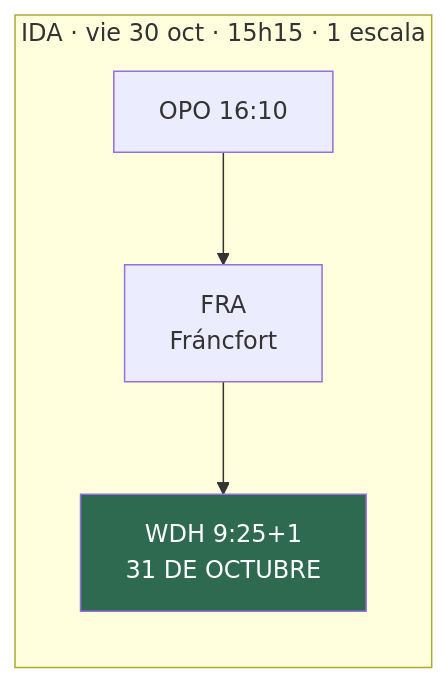
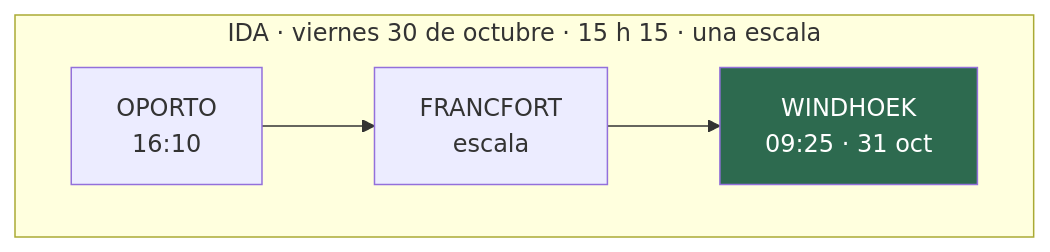
Before and after one commit to morandeirachema/namibia: the fifth of 8 diagrams in 02-presupuesto.md, drawn with Mermaid. The commit also changed other lines of this file and 26 other files, not shown here.

````diff
--- a/02-presupuesto.md
+++ b/02-presupuesto.md
@@ -442,8 +375,9 @@
 ```mermaid
 flowchart LR
-    subgraph IDA["IDA · vie 30 oct · 15h15 · 1 escala"]
-        I1["OPO 16:10"] --> I2["FRA<br/>Fráncfort"]
-        I2 --> I3["WDH 9:25+1<br/>31 DE OCTUBRE"]
+    subgraph IDA["IDA · viernes 30 de octubre · 15 h 15 · una escala"]
+        direction LR
+        I1["OPORTO<br/>16:10"] --> I2["FRANCFORT<br/>escala"]
+        I2 --> I3["WINDHOEK<br/>09:25 · 31 oct"]
     end
     style I3 fill:#2d6a4f,color:#fff
 ```
````
